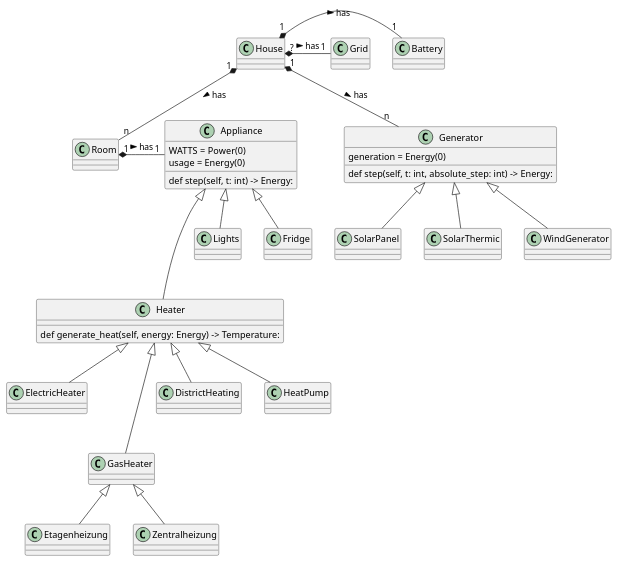
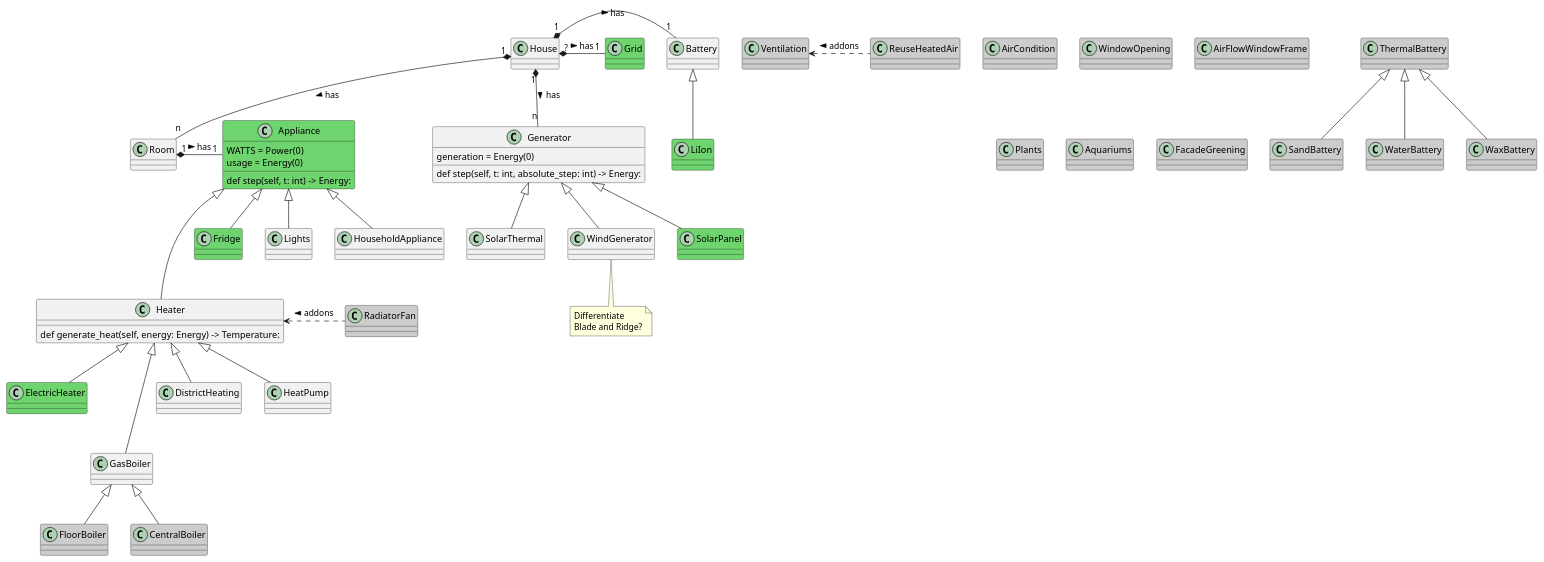
Before and after one commit to wicket1001/the-cube: the diagram in backend/res/Components.puml, drawn with PlantUML.

Commit message:
Put current status in PUML diagram.

```diff
--- a/backend/res/Components.puml
+++ b/backend/res/Components.puml
@@ -1,41 +1,80 @@
 @startuml
 class Room
 class Heater
+class Grid #6ED46E
+
 class Battery
-class Grid
+class LiIon #6ED46E
+Battery <|-- LiIon
 
 House "1" *- "1" Battery : has >
 House "?" *- "1" Grid : has >
 House "1" *-- "n" Generator : has >
 
 House "1" *-- "n" Room : has >
 Room "1" *- "1" Appliance : has >
 
-class Appliance {
+class Appliance #6ED46E {
 {field} WATTS = Power(0)
 {field} usage = Energy(0)
 {method} def step(self, t: int) -> Energy:
 }
+class Fridge #6ED46E
 Appliance <|-- Lights
 Appliance <|-- Fridge
+Appliance <|-- HouseholdAppliance
 
 Appliance <|--- Heater
 
 class Heater {
 def generate_heat(self, energy: Energy) -> Temperature:
 }
+class ElectricHeater #6ED46E
+class GasBoiler
+class FloorBoiler #CCCCCC
+class CentralBoiler #CCCCCC
+class DistrictHeating
+class HeatPump
 Heater <|-- ElectricHeater
-Heater <|--- GasHeater
-GasHeater <|-- Etagenheizung
-GasHeater <|-- Zentralheizung
+Heater <|--- GasBoiler
+GasBoiler <|-- FloorBoiler
+GasBoiler <|-- CentralBoiler
 Heater <|-- DistrictHeating
 Heater <|-- HeatPump
 
 class Generator {
 {field} generation = Energy(0)
 def step(self, t: int, absolute_step: int) -> Energy:
 }
+class SolarPanel #6ED46E
+class SolarThermal
+class WindGenerator
 Generator <|-- SolarPanel
-Generator <|-- SolarThermic
+Generator <|-- SolarThermal
 Generator <|-- WindGenerator
+
+note bottom of WindGenerator
+Differentiate
+Blade and Ridge?
+end note
+
+class ThermalBattery #CCCCCC
+class SandBattery #CCCCCC
+class WaterBattery #CCCCCC
+class WaxBattery #CCCCCC
+ThermalBattery <|-- SandBattery
+ThermalBattery <|-- WaterBattery
+ThermalBattery <|-- WaxBattery
+
+class RadiatorFan #CCCCCC
+Heater <. RadiatorFan : addons <
+class AirCondition #CCCCCC
+class Ventilation #CCCCCC
+class WindowOpening #CCCCCC
+class AirFlowWindowFrame #CCCCCC
+class Plants #CCCCCC
+class Aquariums #CCCCCC
+class FacadeGreening #CCCCCC
+class ReuseHeatedAir #CCCCCC
+Ventilation <. ReuseHeatedAir : addons <
 @enduml
```
